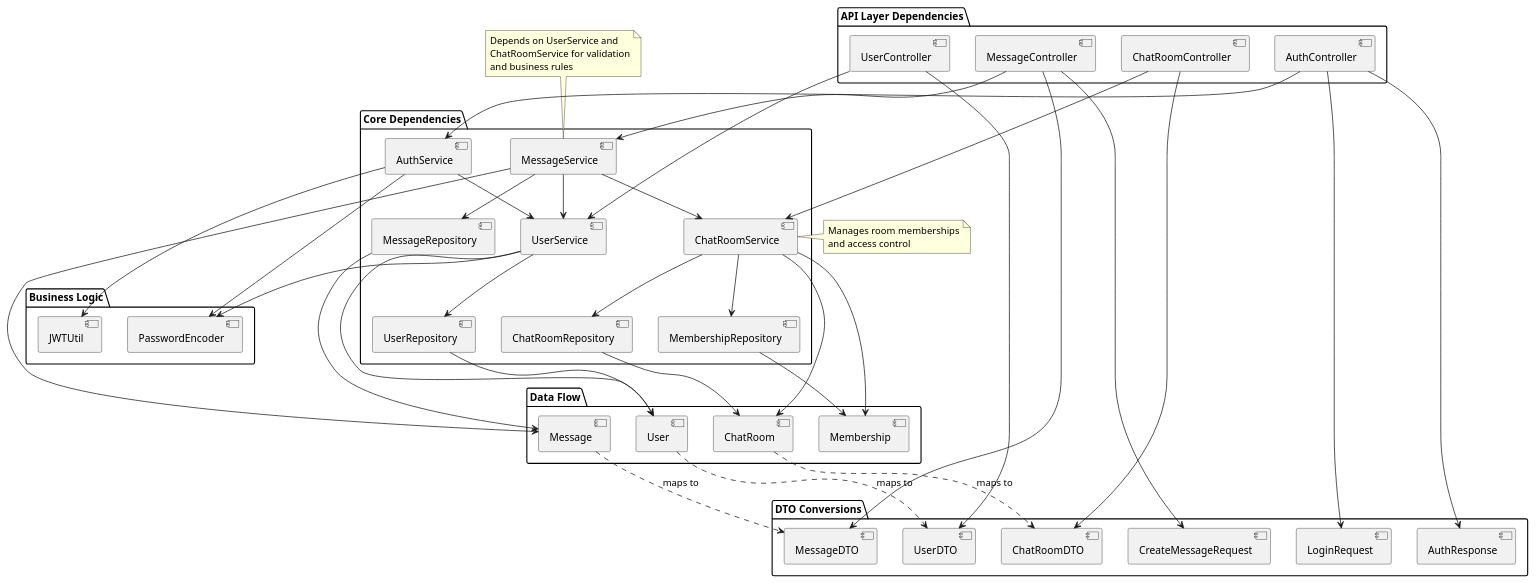
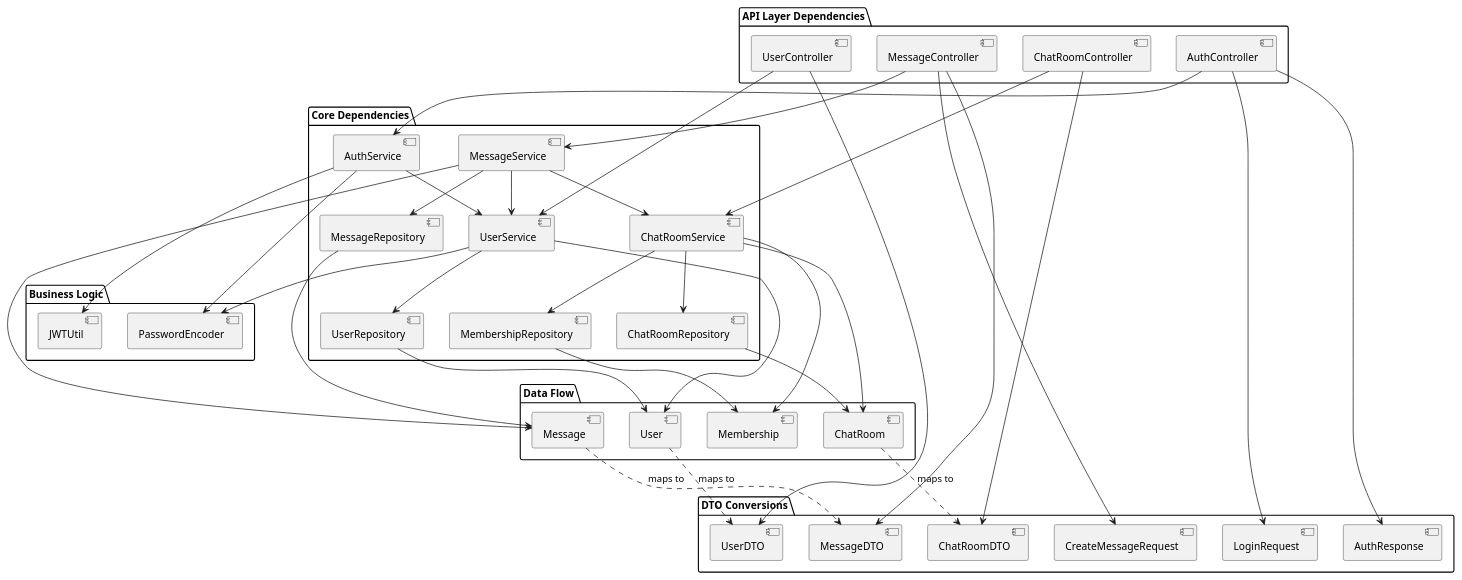
One commit to mvr-dev/messangerMax changed the diagram in src/main/java/uml/architecture/dependencies.puml. Above: the diagram before and after it, drawn with PlantUML. The commit also changed 3 other files, not shown here.

```diff
--- a/src/main/java/uml/architecture/dependencies.puml
+++ b/src/main/java/uml/architecture/dependencies.puml
@@ -1,62 +1,52 @@
 @startuml ClassDependencies
 
 package "Core Dependencies" {
   [UserService] --> [UserRepository]
   [MessageService] --> [MessageRepository]
   [MessageService] --> [UserService]
   [MessageService] --> [ChatRoomService]
   [ChatRoomService] --> [ChatRoomRepository]
   [ChatRoomService] --> [MembershipRepository]
   [AuthService] --> [UserService]
 }
 
 package "API Layer Dependencies" {
   [UserController] --> [UserService]
   [MessageController] --> [MessageService]
   [ChatRoomController] --> [ChatRoomService]
   [AuthController] --> [AuthService]
 }
 
 package "Data Flow" {
   [UserRepository] --> [User]
   [MessageRepository] --> [Message]
   [ChatRoomRepository] --> [ChatRoom]
   [MembershipRepository] --> [Membership]
 
   [UserService] --> [User]
   [MessageService] --> [Message]
   [ChatRoomService] --> [ChatRoom]
   [ChatRoomService] --> [Membership]
 }
 
 package "DTO Conversions" {
   [UserController] --> [UserDTO]
   [MessageController] --> [MessageDTO]
   [MessageController] --> [CreateMessageRequest]
   [ChatRoomController] --> [ChatRoomDTO]
   [AuthController] --> [LoginRequest]
   [AuthController] --> [AuthResponse]
 
   [User] ..> [UserDTO] : maps to
   [Message] ..> [MessageDTO] : maps to
   [ChatRoom] ..> [ChatRoomDTO] : maps to
 }
 
 package "Business Logic" {
   [AuthService] --> [JWTUtil]
   [AuthService] --> [PasswordEncoder]
   [UserService] --> [PasswordEncoder]
 }
 
-note top of [MessageService]
-  Depends on UserService and
-  ChatRoomService for validation
-  and business rules
-end note
-
-note right of [ChatRoomService]
-  Manages room memberships
-  and access control
-end note
 
 @enduml
```
